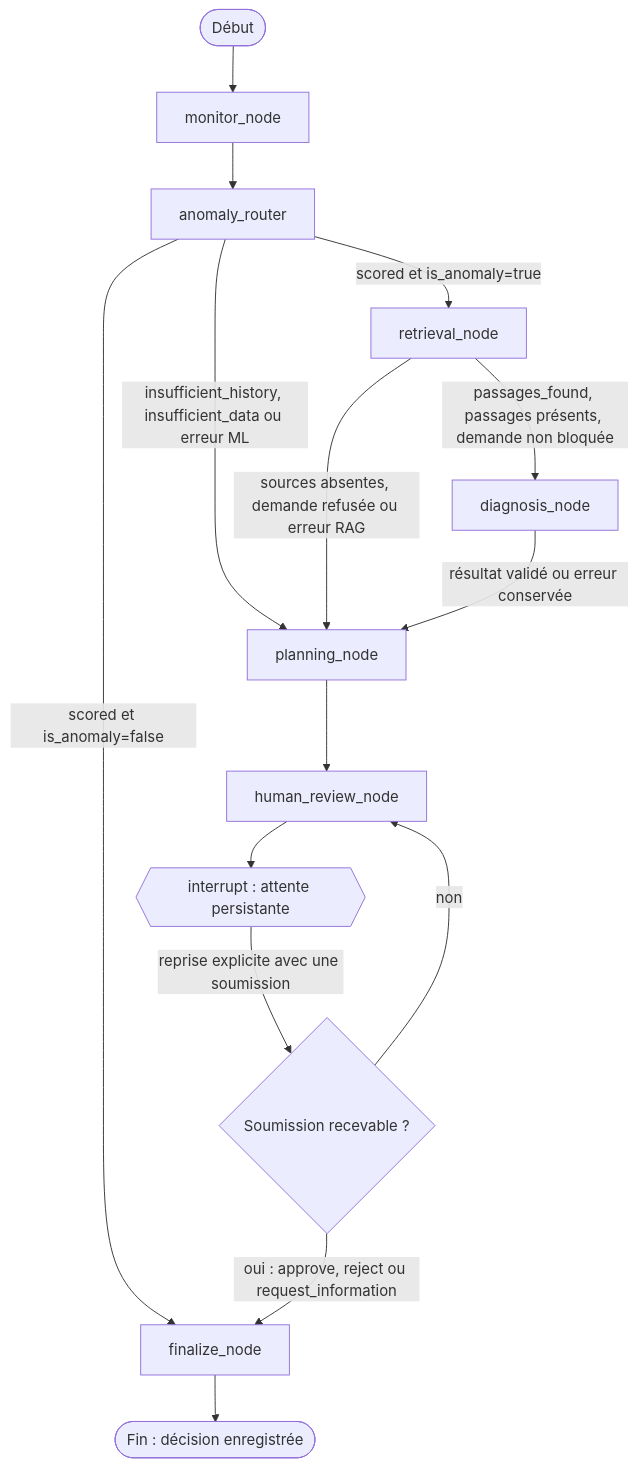
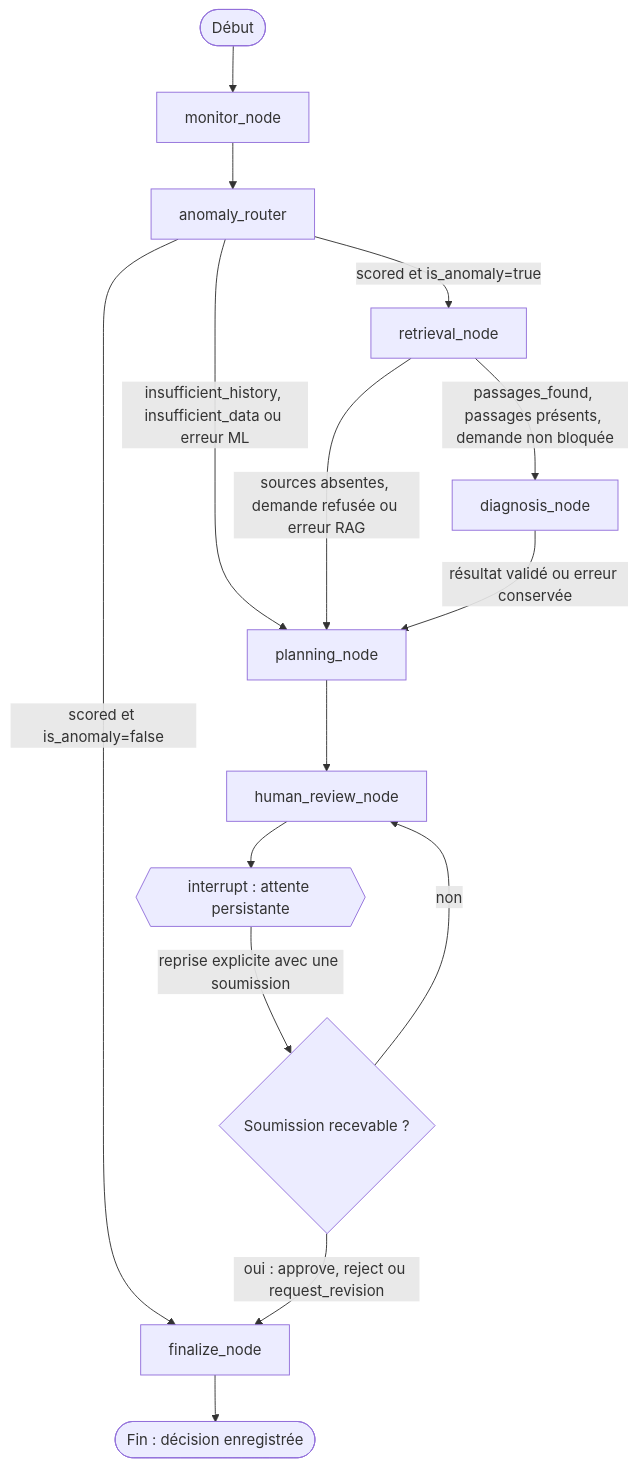
One commit to adnane20000/compressor-prescriptive-maintenance changed the diagram in docs/workflow_langgraph.md. Above: the diagram before and after it, drawn with Mermaid. The commit also changed other lines of this file and 10 other files, not shown here.

````diff
--- a/docs/workflow_langgraph.md
+++ b/docs/workflow_langgraph.md
@@ -11,17 +11,17 @@
 ```mermaid
 flowchart TD
     S([Début]) --> M[monitor_node]
     M --> A[anomaly_router]
     A -->|scored et is_anomaly=false| F[finalize_node]
     A -->|scored et is_anomaly=true| R[retrieval_node]
     A -->|insufficient_history, insufficient_data ou erreur ML| P[planning_node]
     R -->|passages_found, passages présents, demande non bloquée| D[diagnosis_node]
     R -->|sources absentes, demande refusée ou erreur RAG| P
     D -->|résultat validé ou erreur conservée| P
     P --> H[human_review_node]
     H --> I{{interrupt : attente persistante}}
     I -->|reprise explicite avec une soumission| V{Soumission recevable ?}
     V -->|non| H
-    V -->|oui : approve, reject ou request_information| F
+    V -->|oui : approve, reject ou request_revision| F
     F --> E([Fin : décision enregistrée])
 ```
````
